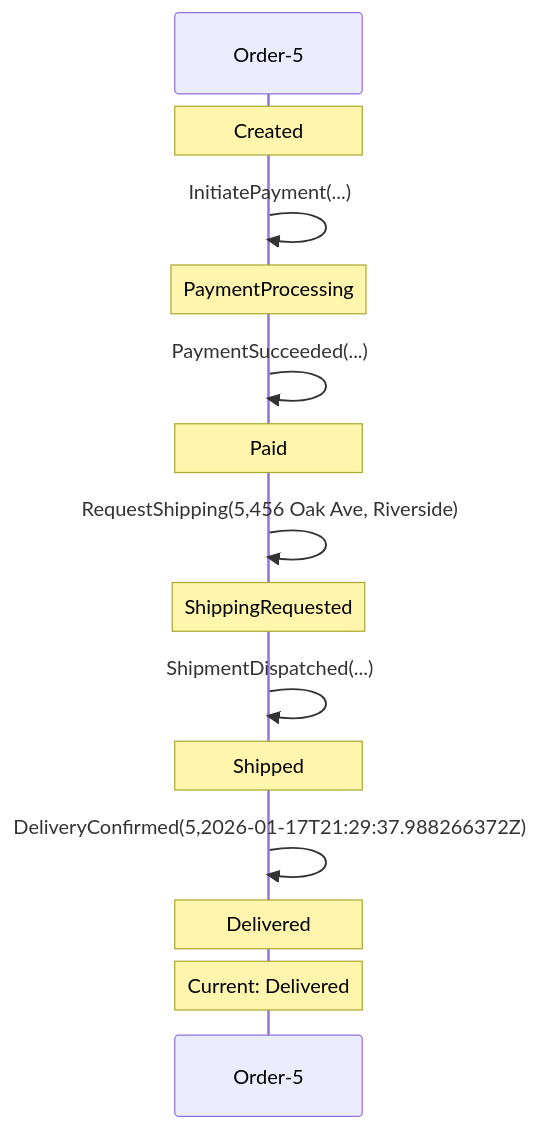
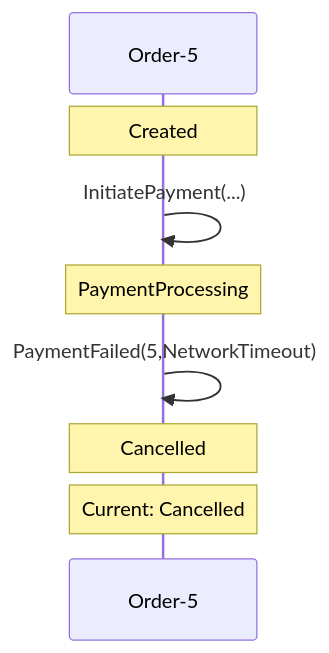
Before and after one commit to Iterable/mechanoid: the first of 2 diagrams in docs/visualizations/order-5-trace.md, drawn with Mermaid. The commit also changed other lines of this file and 10 other files, not shown here.

````diff
--- a/docs/visualizations/order-5-trace.md
+++ b/docs/visualizations/order-5-trace.md
@@ -7,17 +7,11 @@
 ```mermaid
 sequenceDiagram
     participant FSM as Order-5
     Note over FSM: Created
     FSM->>FSM: InitiatePayment(...)
     Note over FSM: PaymentProcessing
-    FSM->>FSM: PaymentSucceeded(...)
-    Note over FSM: Paid
-    FSM->>FSM: RequestShipping(5,456 Oak Ave, Riverside)
-    Note over FSM: ShippingRequested
-    FSM->>FSM: ShipmentDispatched(...)
-    Note over FSM: Shipped
-    FSM->>FSM: DeliveryConfirmed(5,2026-01-17T21:29:37.988266372Z)
-    Note over FSM: Delivered
-    Note over FSM: Current: Delivered
+    FSM->>FSM: PaymentFailed(5,NetworkTimeout)
+    Note over FSM: Cancelled
+    Note over FSM: Current: Cancelled
 
 ```
````
